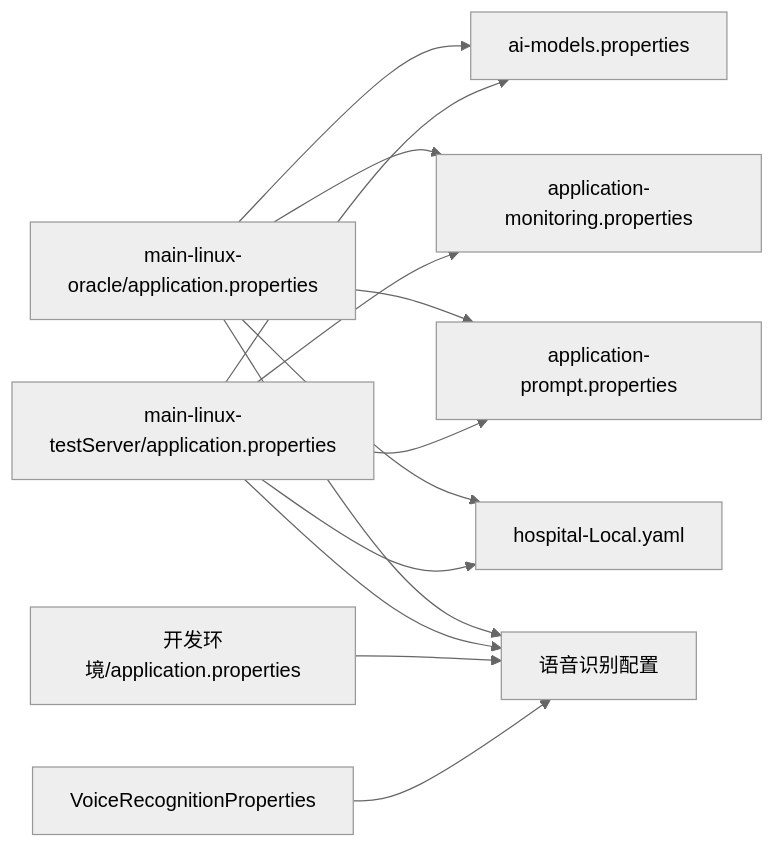
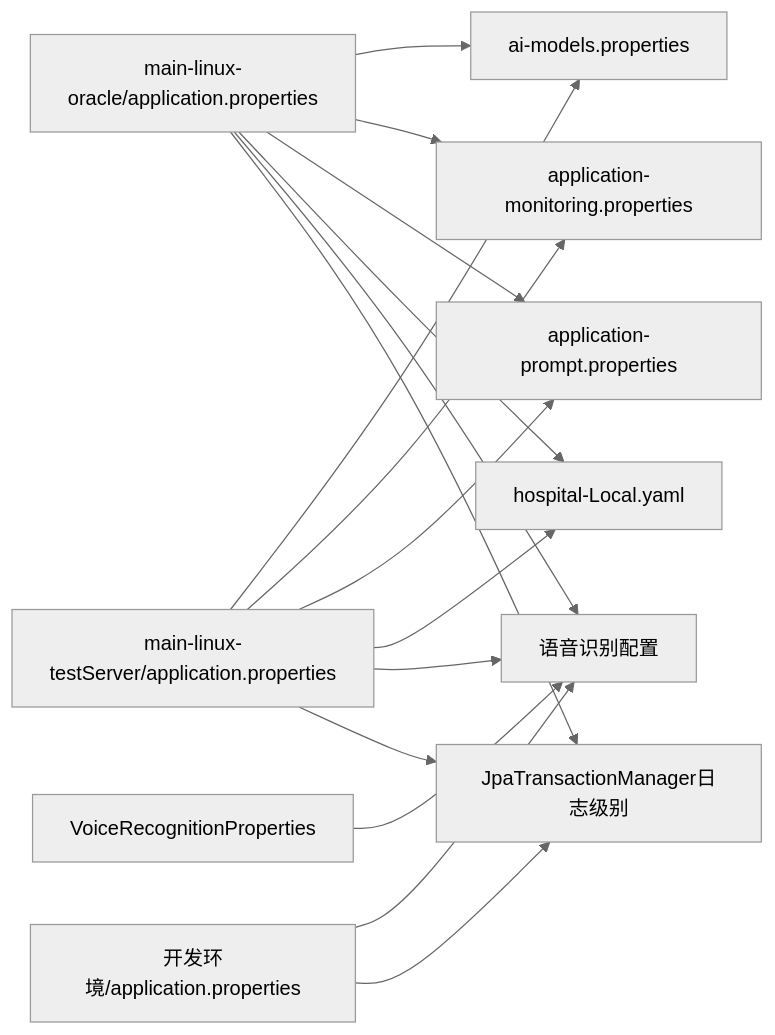
Before and after one commit to liuzh2008/med_ai_assistant_workspace: the third of 3 diagrams in .qoder/repowiki/zh/content/配置管理/配置管理.md, drawn with Mermaid (neutral theme). The commit also changed other lines of this file and 4 other files, not shown here.

````diff
--- a/.qoder/repowiki/zh/content/配置管理/配置管理.md
+++ b/.qoder/repowiki/zh/content/配置管理/配置管理.md
@@ -319,24 +354,28 @@
 ```mermaid
 graph LR
 ORA_APP["main-linux-oracle/application.properties"]
 TEST_APP["main-linux-testServer/application.properties"]
 DEV_APP["开发环境/application.properties"]
 AI_FILE["ai-models.properties"]
 MONITOR["application-monitoring.properties"]
 PROMPT["application-prompt.properties"]
 HOSP["hospital-Local.yaml"]
 VOICE_CLASS["VoiceRecognitionProperties"]
 VOICE_CONFIG["语音识别配置"]
+TXN_LEVEL["JpaTransactionManager日志级别"]
 ORA_APP --> AI_FILE
 TEST_APP --> AI_FILE
 ORA_APP --> MONITOR
 TEST_APP --> MONITOR
 ORA_APP --> PROMPT
 TEST_APP --> PROMPT
 ORA_APP --> HOSP
 TEST_APP --> HOSP
 ORA_APP --> VOICE_CONFIG
 TEST_APP --> VOICE_CONFIG
 DEV_APP --> VOICE_CONFIG
 VOICE_CLASS --> VOICE_CONFIG
+ORA_APP --> TXN_LEVEL
+TEST_APP --> TXN_LEVEL
+DEV_APP --> TXN_LEVEL
 ```
````
